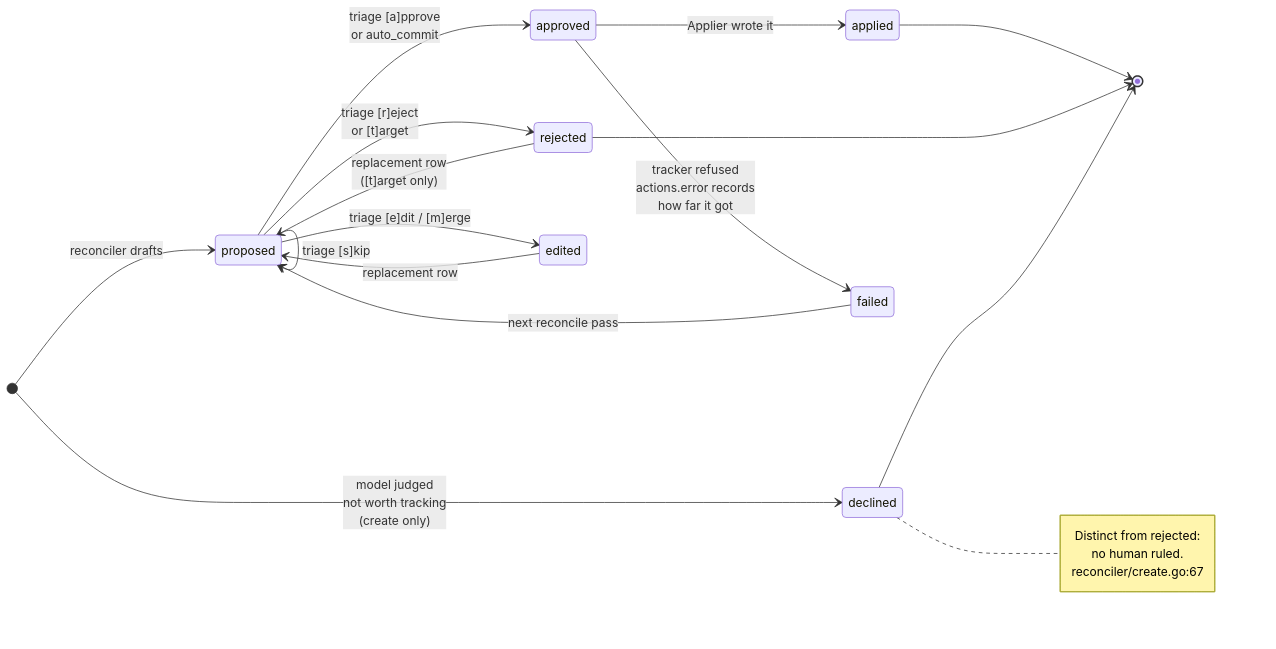
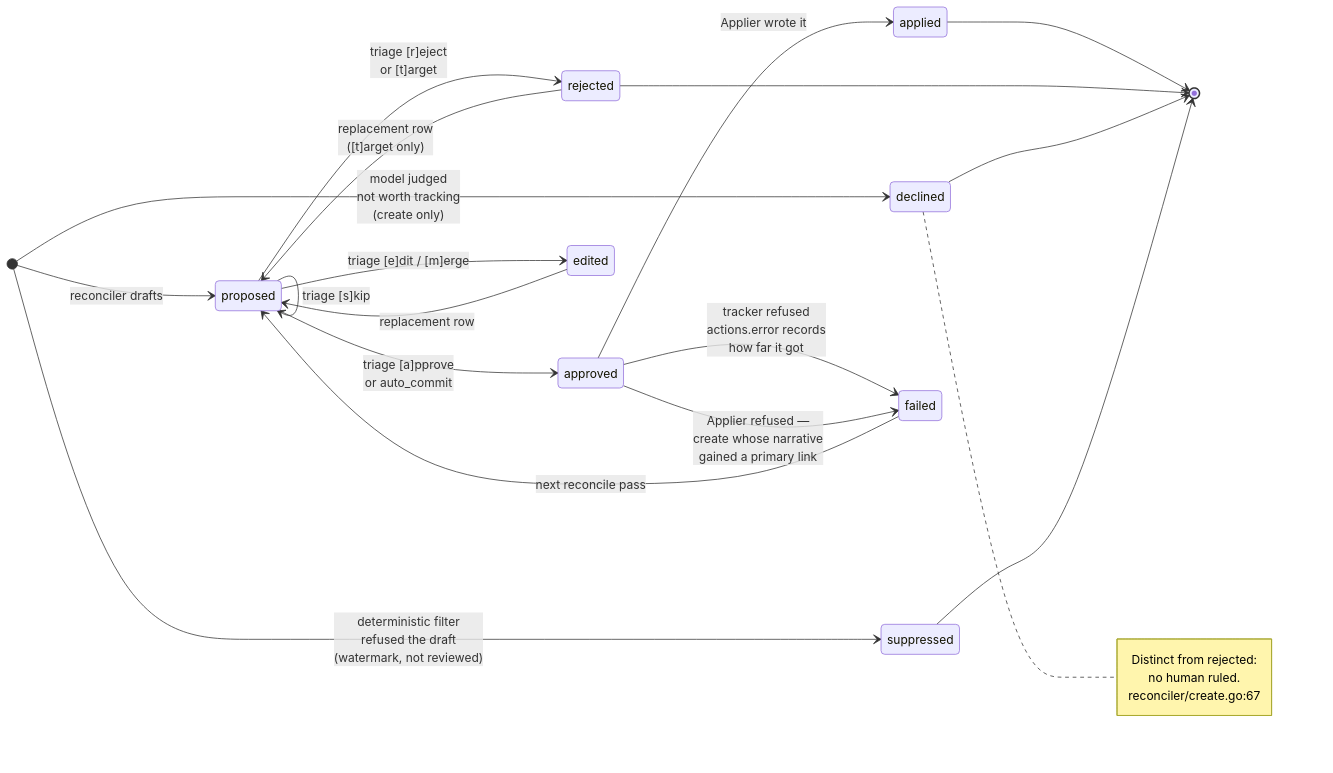
One commit to jcogilvie/unjira changed the third of 4 diagrams in docs/architecture.md. Above: the diagram before and after it, drawn with Mermaid. The commit also changed 8 other files, not shown here.

````diff
--- a/docs/architecture.md
+++ b/docs/architecture.md
@@ -170,33 +170,36 @@
 ```mermaid
 ---
 config:
   nodeSpacing: 110
   rankSpacing: 140
 ---
 stateDiagram-v2
     direction LR
     [*] --> proposed: reconciler drafts
     [*] --> declined: model judged<br/>not worth tracking<br/>(create only)
+    [*] --> suppressed: deterministic filter<br/>refused the draft<br/>(watermark, not reviewed)
 
     proposed --> approved: triage [a]pprove<br/>or auto_commit
     proposed --> rejected: triage [r]eject<br/>or [t]arget
     proposed --> edited: triage [e]dit / [m]erge
     proposed --> proposed: triage [s]kip
 
     approved --> applied: Applier wrote it
     approved --> failed: tracker refused<br/>actions.error records<br/>how far it got
+    approved --> failed: Applier refused —<br/>create whose narrative<br/>gained a primary link
 
     failed --> proposed: next reconcile pass
     edited --> proposed: replacement row
     rejected --> proposed: replacement row<br/>([t]arget only)
 
     applied --> [*]
     rejected --> [*]
     declined --> [*]
+    suppressed --> [*]
 
     note right of declined
         Distinct from rejected:
         no human ruled.
         reconciler/create.go:67
     end note
 ```
````
